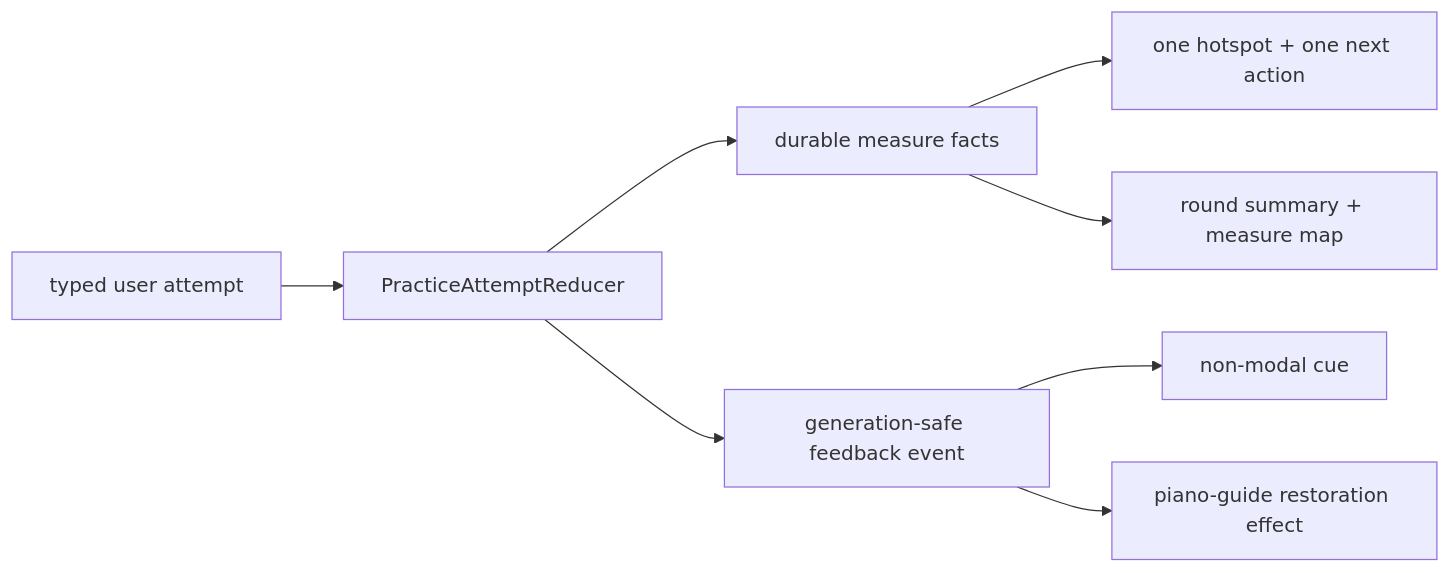
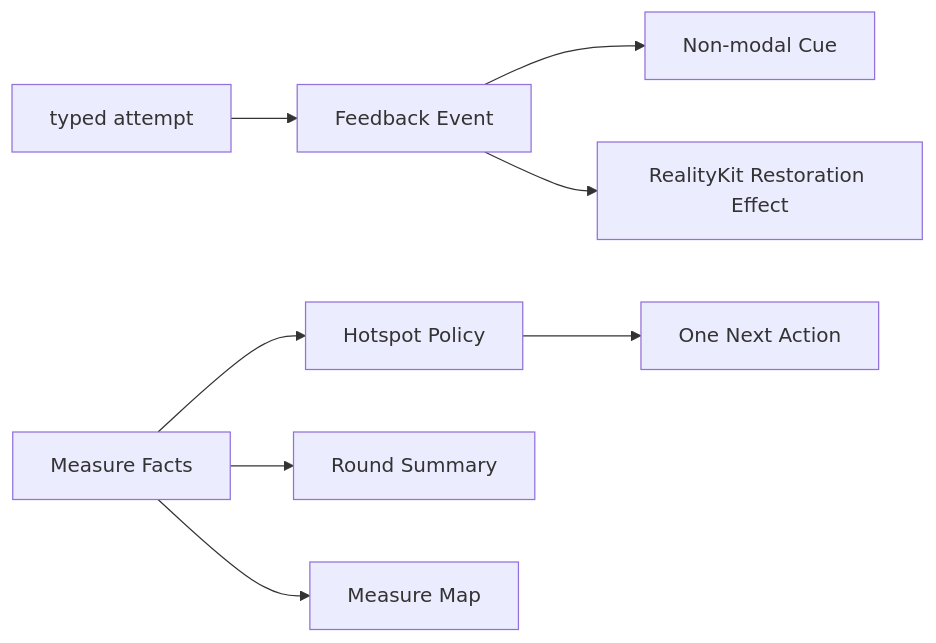
One commit to chiimagnus/HappyPianist changed the third of 4 diagrams in docs/data-flow.md. Above: the diagram before and after it, drawn with Mermaid. The commit also changed other lines of this file and 14 other files, not shown here.

````diff
--- a/docs/data-flow.md
+++ b/docs/data-flow.md
@@ -163,10 +124,10 @@
 ```mermaid
 flowchart LR
-  A[typed user attempt] --> B[PracticeAttemptReducer]
-  B --> C[durable measure facts]
-  C --> D[one hotspot + one next action]
-  B --> E[generation-safe feedback event]
-  E --> F[non-modal cue]
-  E --> G[piano-guide restoration effect]
-  C --> H[round summary + measure map]
+  A[typed attempt] --> B[Feedback Event]
+  C[Measure Facts] --> D[Hotspot Policy]
+  D --> E[One Next Action]
+  B --> F[Non-modal Cue]
+  B --> G[RealityKit Restoration Effect]
+  C --> H[Round Summary]
+  C --> I[Measure Map]
 ```
````
